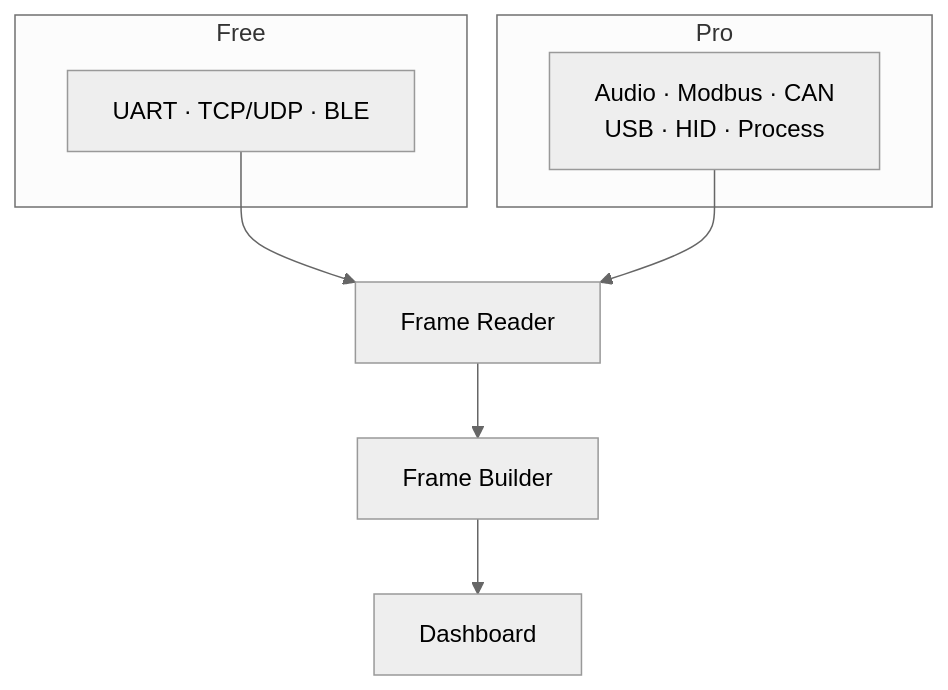
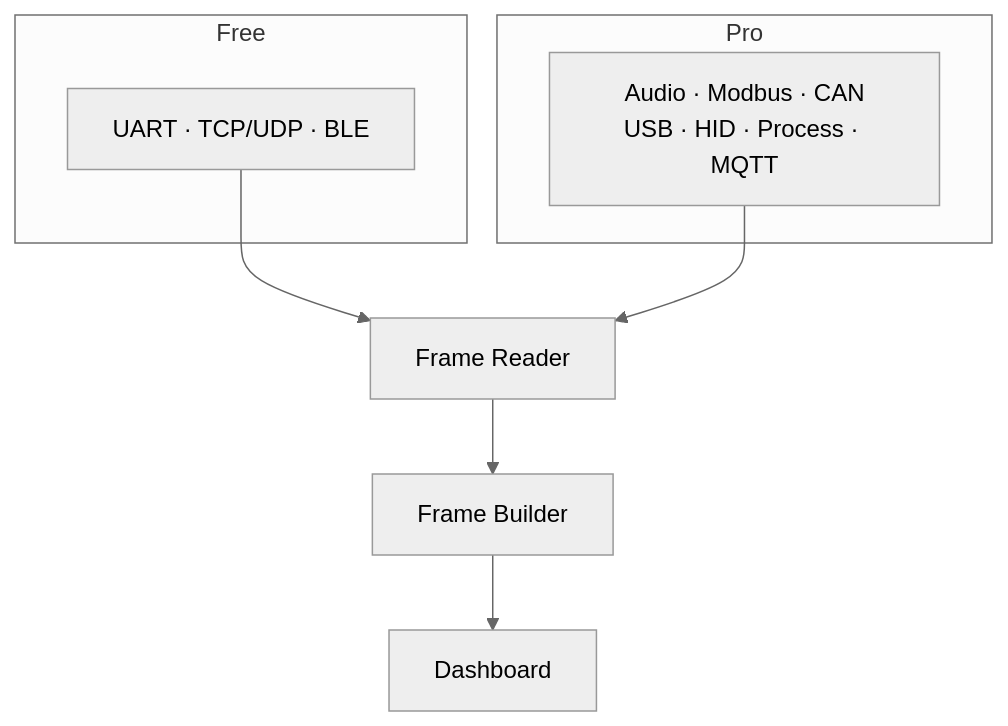
One commit to songbangyan/Serial-Studio changed the diagram in doc/help/Data-Sources.md. Above: the diagram before and after it, drawn with Mermaid (neutral theme). The commit also changed other lines of this file and 105 other files, not shown here.

````diff
--- a/doc/help/Data-Sources.md
+++ b/doc/help/Data-Sources.md
@@ -11,13 +11,13 @@
 ```mermaid
 flowchart TD
     subgraph Free["Free"]
         F1["UART · TCP/UDP · BLE"]
     end
     subgraph Pro["Pro"]
-        P1["Audio · Modbus · CAN<br/>USB · HID · Process"]
+        P1["Audio · Modbus · CAN<br/>USB · HID · Process · MQTT"]
     end
     F1 --> FR["Frame Reader"]
     P1 --> FR
     FR --> FB["Frame Builder"]
     FB --> DASH["Dashboard"]
 ```
````
